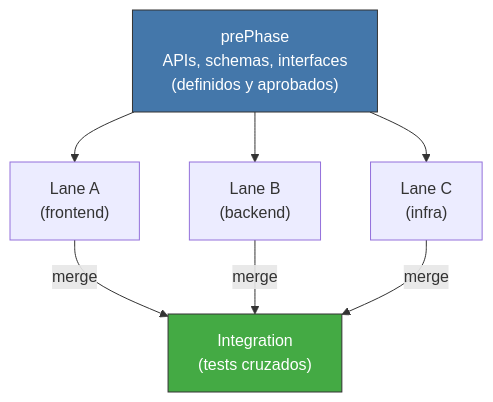
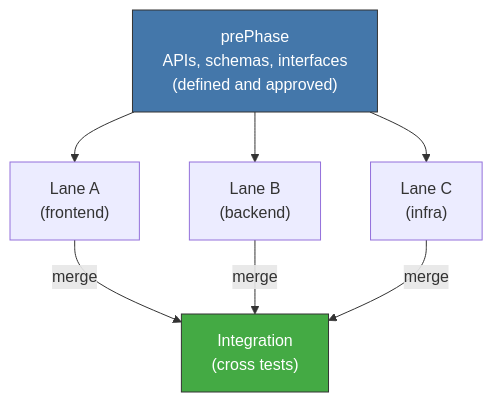
One commit to virgenherrera/virgil changed the second of 2 diagrams in principia/sections/30-execution-pipeline.md. Above: the diagram before and after it, drawn with Mermaid. The commit also changed other lines of this file and 42 other files, not shown here.

````diff
--- a/principia/sections/30-execution-pipeline.md
+++ b/principia/sections/30-execution-pipeline.md
@@ -70,13 +70,13 @@
 ```mermaid
 flowchart TD
-    CONTRACTS["prePhase\nAPIs, schemas, interfaces\n(definidos y aprobados)"]
+    CONTRACTS["prePhase\nAPIs, schemas, interfaces\n(defined and approved)"]
 
     CONTRACTS --> LANE1["Lane A\n(frontend)"]
     CONTRACTS --> LANE2["Lane B\n(backend)"]
     CONTRACTS --> LANE3["Lane C\n(infra)"]
 
-    LANE1 & LANE2 & LANE3 -->|"merge"| INTEGRATION["Integration\n(tests cruzados)"]
+    LANE1 & LANE2 & LANE3 -->|"merge"| INTEGRATION["Integration\n(cross tests)"]
 
     style CONTRACTS fill:#47a,stroke:#333,color:#fff
     style INTEGRATION fill:#4a4,stroke:#333,color:#fff
 ```
````
